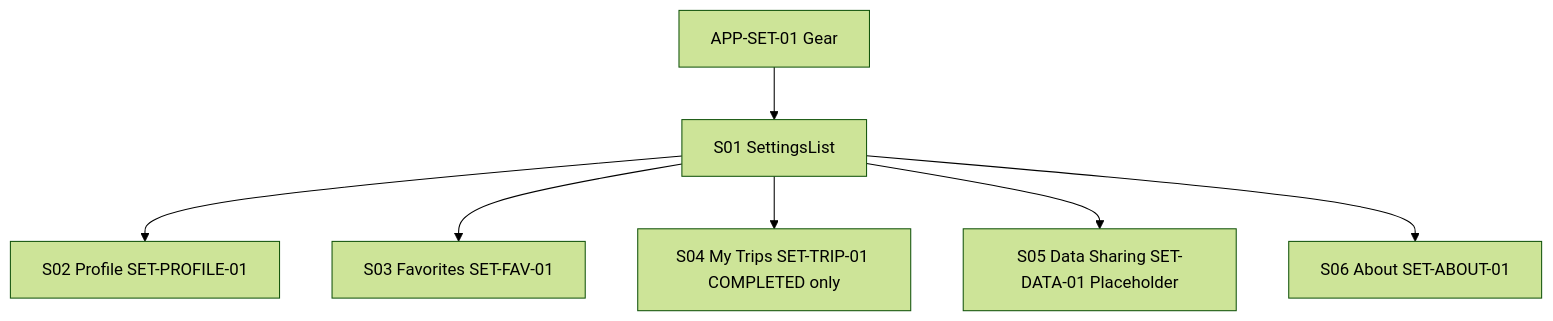
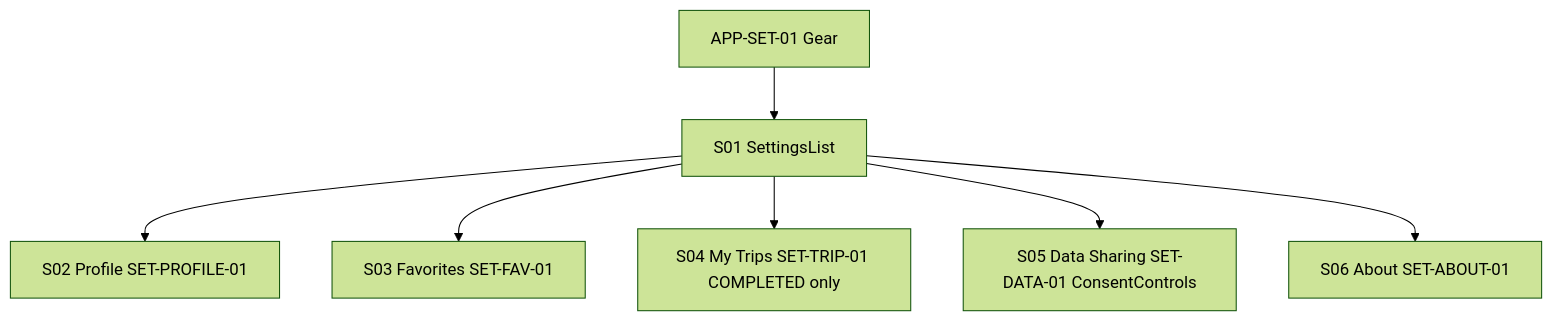
The diagram in design/workflows/W10-settings.md (jtanori/cruze-app), drawn with Mermaid (forest theme) before and after one commit. The commit also changed other lines of this file and 5 other files, not shown here.

First line of the commit message:
docs(specs): Bless data-sharing toggles, add CR-SUM-01 and PWA-01

````diff
--- a/design/workflows/W10-settings.md
+++ b/design/workflows/W10-settings.md
@@ -14,9 +14,9 @@
 ```mermaid
 flowchart TD
     A[APP-SET-01 Gear] --> B[S01 SettingsList]
     B --> C[S02 Profile SET-PROFILE-01]
     B --> D[S03 Favorites SET-FAV-01]
     B --> E[S04 My Trips SET-TRIP-01 COMPLETED only]
-    B --> F[S05 Data Sharing SET-DATA-01 Placeholder]
+    B --> F[S05 Data Sharing SET-DATA-01 ConsentControls]
     B --> G[S06 About SET-ABOUT-01]
 ```
````
